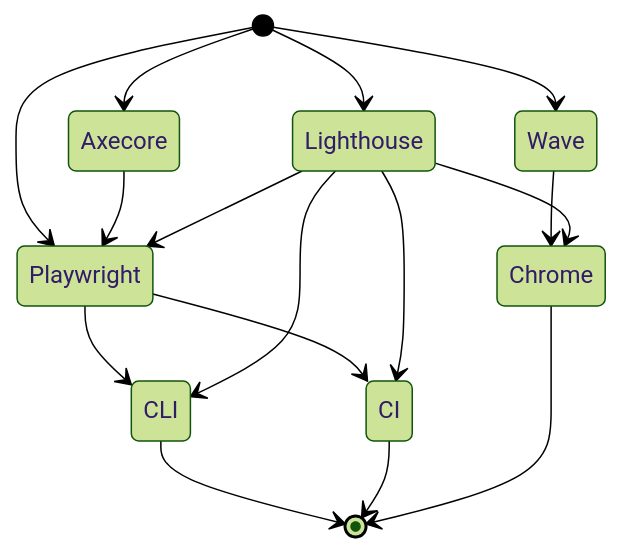
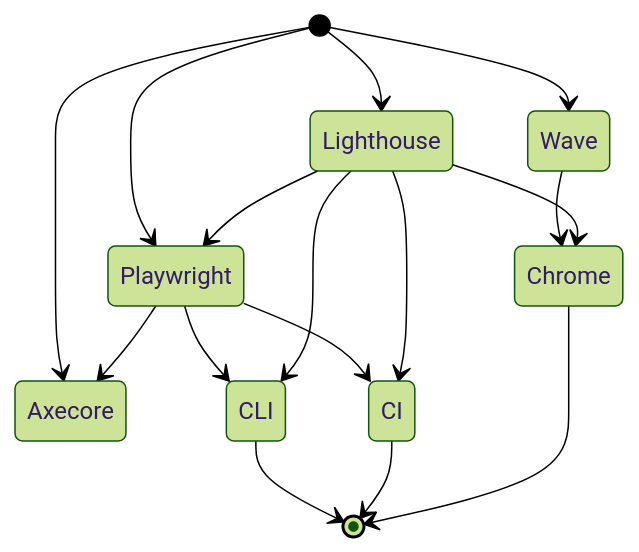
The third of 3 diagrams in resources/Mobile App Resources and tools.md (gsoulie/Mobile-App-Development), drawn with Mermaid (forest theme) before and after one commit.

Commit message:
Update Mobile App Resources and tools.md

`````diff
--- a/resources/Mobile App Resources and tools.md
+++ b/resources/Mobile App Resources and tools.md
@@ -50,20 +50,20 @@
 ````mermaid
 stateDiagram-v2
   [*] --> Playwright
   [*] --> Lighthouse
   [*] --> Axecore
   [*] --> Wave
 
   Playwright --> CI
   Playwright --> CLI
-  Axecore --> Playwright
+  Playwright --> Axecore
   Wave --> Chrome
   Lighthouse --> Chrome
   Lighthouse --> Playwright
   Lighthouse --> CI
   Lighthouse --> CLI
   CLI --> [*]
   CI --> [*]
   Chrome --> [*]
   
 ````
`````
